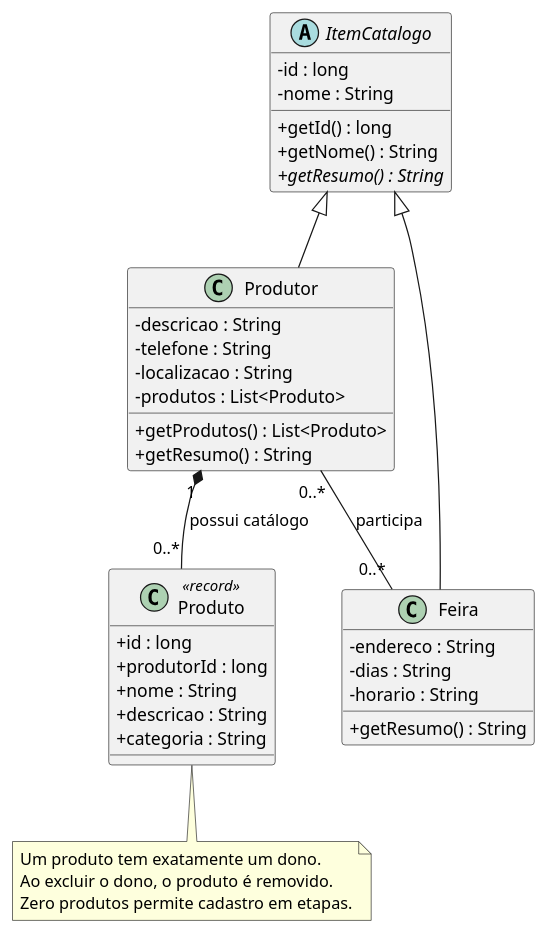
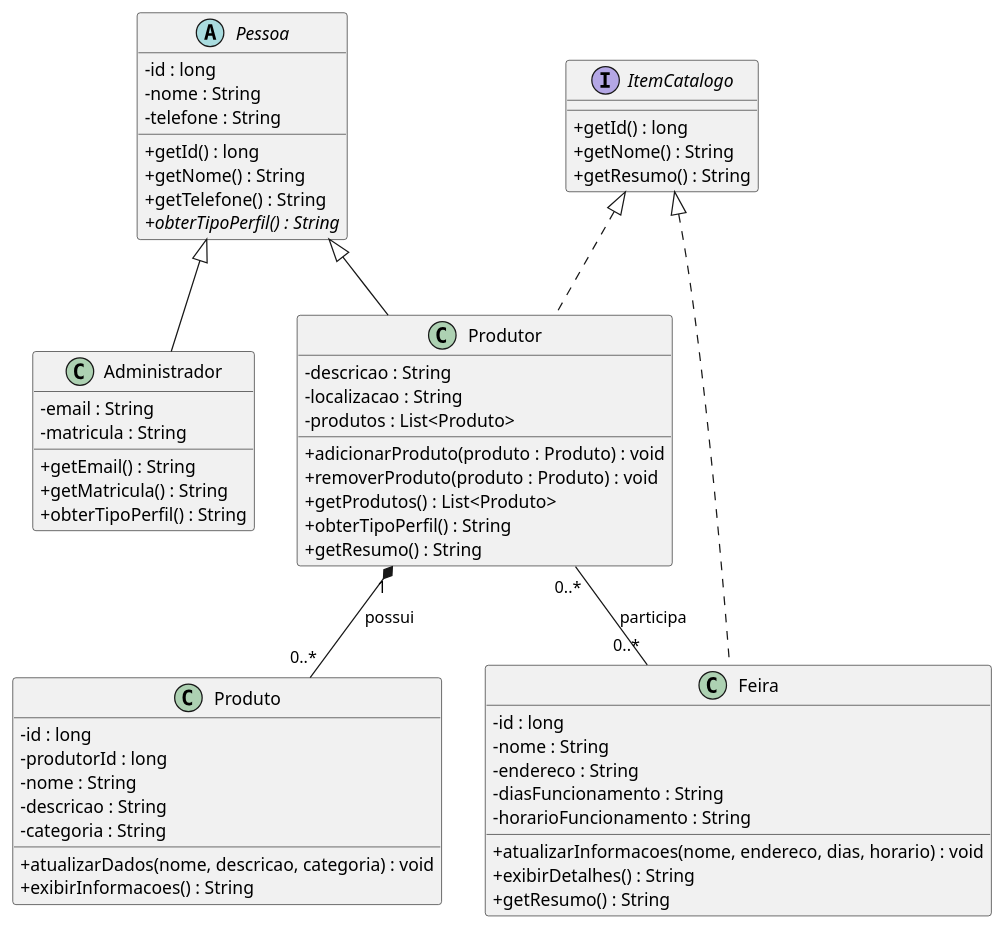
Before and after one commit to KKojiio/raizes-da-terra: the diagram in docs/diagramas/Classes.puml, drawn with PlantUML. The commit also changed 3 other files, not shown here.

```diff
--- a/docs/diagramas/Classes.puml
+++ b/docs/diagramas/Classes.puml
@@ -1,40 +1,59 @@
 @startuml
 skinparam classAttributeIconSize 0
-abstract class ItemCatalogo {
-  - id : long
-  - nome : String
-  + getId() : long
-  + getNome() : String
-  {abstract} + getResumo() : String
+abstract class Pessoa {
+ - id : long
+ - nome : String
+ - telefone : String
+ + getId() : long
+ + getNome() : String
+ + getTelefone() : String
+ {abstract} + obterTipoPerfil() : String
+}
+interface ItemCatalogo {
+ + getId() : long
+ + getNome() : String
+ + getResumo() : String
+}
+class Administrador {
+ - email : String
+ - matricula : String
+ + getEmail() : String
+ + getMatricula() : String
+ + obterTipoPerfil() : String
 }
 class Produtor {
-  - descricao : String
-  - telefone : String
-  - localizacao : String
-  - produtos : List<Produto>
-  + getProdutos() : List<Produto>
-  + getResumo() : String
+ - descricao : String
+ - localizacao : String
+ - produtos : List<Produto>
+ + adicionarProduto(produto : Produto) : void
+ + removerProduto(produto : Produto) : void
+ + getProdutos() : List<Produto>
+ + obterTipoPerfil() : String
+ + getResumo() : String
 }
 class Feira {
-  - endereco : String
-  - dias : String
-  - horario : String
-  + getResumo() : String
+ - id : long
+ - nome : String
+ - endereco : String
+ - diasFuncionamento : String
+ - horarioFuncionamento : String
+ + atualizarInformacoes(nome, endereco, dias, horario) : void
+ + exibirDetalhes() : String
+ + getResumo() : String
 }
-class Produto <<record>> {
-  + id : long
-  + produtorId : long
-  + nome : String
-  + descricao : String
-  + categoria : String
+class Produto {
+ - id : long
+ - produtorId : long
+ - nome : String
+ - descricao : String
+ - categoria : String
+ + atualizarDados(nome, descricao, categoria) : void
+ + exibirInformacoes() : String
 }
-ItemCatalogo <|-- Produtor
-ItemCatalogo <|-- Feira
-Produtor "1" *-- "0..*" Produto : possui catálogo
+Pessoa <|-- Administrador
+Pessoa <|-- Produtor
+ItemCatalogo <|.. Produtor
+ItemCatalogo <|.. Feira
+Produtor "1" *-- "0..*" Produto : possui
 Produtor "0..*" -- "0..*" Feira : participa
-note bottom of Produto
-Um produto tem exatamente um dono.
-Ao excluir o dono, o produto é removido.
-Zero produtos permite cadastro em etapas.
-end note
 @enduml
```
